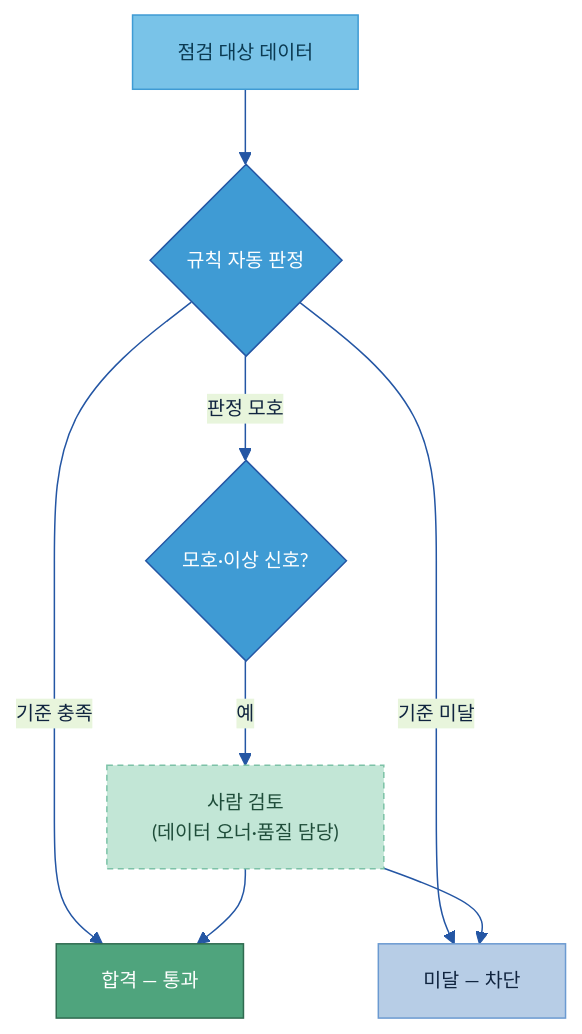
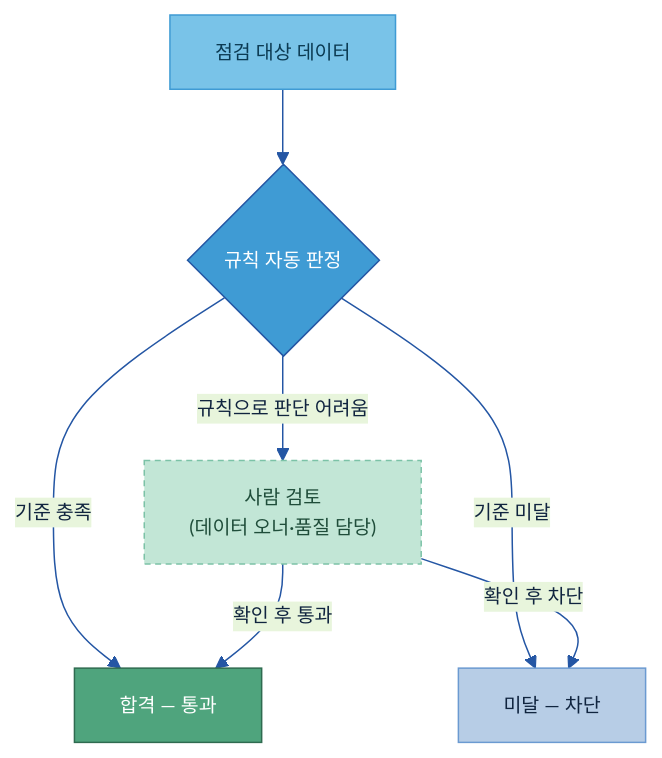
One commit to jin-kearney/ai-ready-data-manual changed the third of 6 diagrams in 가이드 작성/C-2 데이터 품질 관리/C-2 데이터 품질 관리.md. Above: the diagram before and after it, drawn with Mermaid. The commit also changed other lines of this file, not shown here.

Commit message:
docs(C-2): §4.3 자동 판정 다이어그램 표현 정리 (고객)
어색한 '판정 모호'·'모호·이상 신호?' 정리. 중복 판단 노드(AMB) 제거하고
R의 세 번째 분기를 '규칙으로 판단 어려움'으로 사람 검토에 직접 연결. 본문 문구도 동반 수정.

````diff
--- a/가이드 작성/C-2 데이터 품질 관리/C-2 데이터 품질 관리.md
+++ b/가이드 작성/C-2 데이터 품질 관리/C-2 데이터 품질 관리.md
@@ -298,22 +298,20 @@
 ```mermaid
 %%{init: {'theme':'base','themeVariables':{'primaryColor':'#DCE8F5','primaryBorderColor':'#2456A4','primaryTextColor':'#10243f','lineColor':'#2456A4','fontSize':'13px'}}}%%
 flowchart TB
     IN["점검 대상 데이터"]:::src
     R{"규칙 자동 판정"}:::gate
     PASS["합격 — 통과"]:::loop
     FAIL["미달 — 차단"]:::n
-    AMB{"모호·이상 신호?"}:::gate
     HUMAN["사람 검토<br/>(데이터 오너·품질 담당)"]:::cross
     IN --> R
     R -->|기준 충족| PASS
     R -->|기준 미달| FAIL
-    R -->|판정 모호| AMB
-    AMB -->|예| HUMAN
-    HUMAN --> PASS
-    HUMAN --> FAIL
+    R -->|규칙으로 판단 어려움| HUMAN
+    HUMAN -->|확인 후 통과| PASS
+    HUMAN -->|확인 후 차단| FAIL
     classDef n fill:#B7CDE6,stroke:#6B9AD1,color:#10243f;
     classDef src fill:#79C3E8,stroke:#3F9BD4,color:#0b3a52;
     classDef gate fill:#3F9BD4,stroke:#2456A4,color:#fff;
     classDef loop fill:#4FA47D,stroke:#2f6b50,color:#fff;
     classDef cross fill:#C2E6D6,stroke:#7CC2A7,color:#1f4d3a,stroke-dasharray:4 3;
 ```
````
